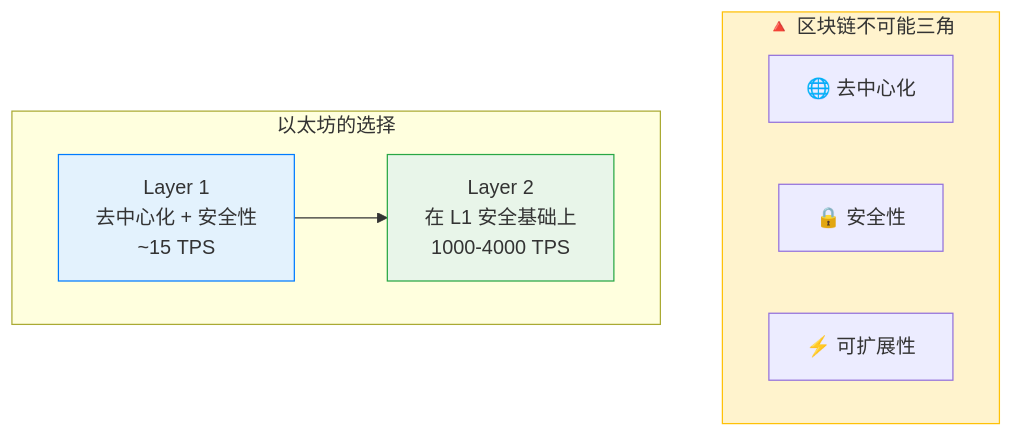
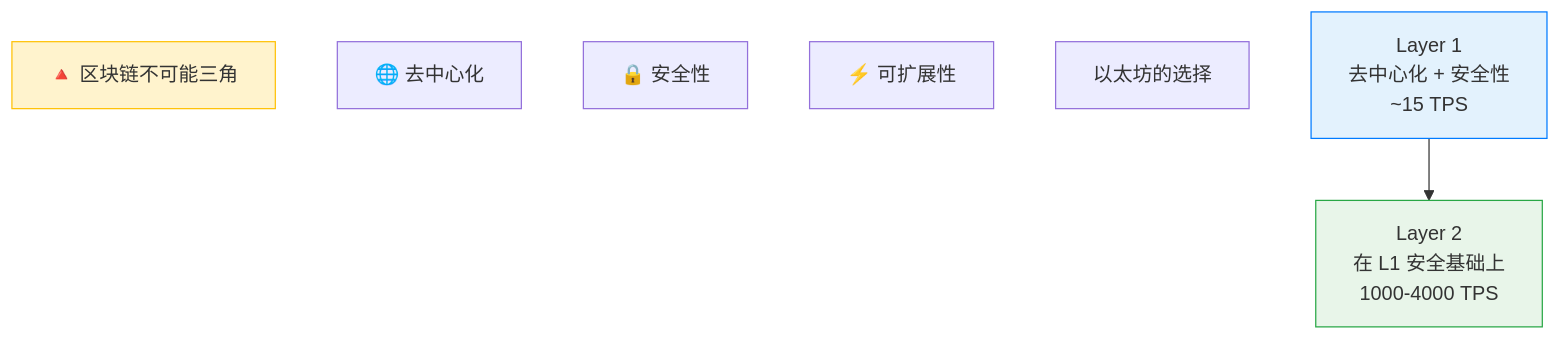
Before and after one commit to web3-wallet-org/web3-wallet-notes: the first of 9 diagrams in docs/《精通以太坊》/第16章-以太坊扩容.md, drawn with Mermaid. The commit also changed other lines of this file and 5 other files, not shown here.

````diff
--- a/docs/《精通以太坊》/第16章-以太坊扩容.md
+++ b/docs/《精通以太坊》/第16章-以太坊扩容.md
@@ -13,19 +13,17 @@
 ```mermaid
 graph TB
-    subgraph Trilemma["🔺 区块链不可能三角"]
-        Decentralized["🌐 去中心化"]
-        Secure["🔒 安全性"]
-        Scalable["⚡ 可扩展性"]
-    end
+    Trilemma["🔺 区块链不可能三角"]
+    Decentralized["🌐 去中心化"]
+    Secure["🔒 安全性"]
+    Scalable["⚡ 可扩展性"]
     
-    subgraph EthChoice["以太坊的选择"]
-        L1["Layer 1<br/>去中心化 + 安全性<br/>~15 TPS"]
-        L2["Layer 2<br/>在 L1 安全基础上<br/>1000-4000 TPS"]
-    end
+    EthChoice["以太坊的选择"]
+    L1["Layer 1<br/>去中心化 + 安全性<br/>~15 TPS"]
+    L2["Layer 2<br/>在 L1 安全基础上<br/>1000-4000 TPS"]
     
     L1 --> L2
     
     style Trilemma fill:#fff3cd,stroke:#ffc107,color:#333
     style L1 fill:#e3f2fd,stroke:#007bff,color:#333
     style L2 fill:#e8f5e9,stroke:#28a745,color:#333
 ```
````
